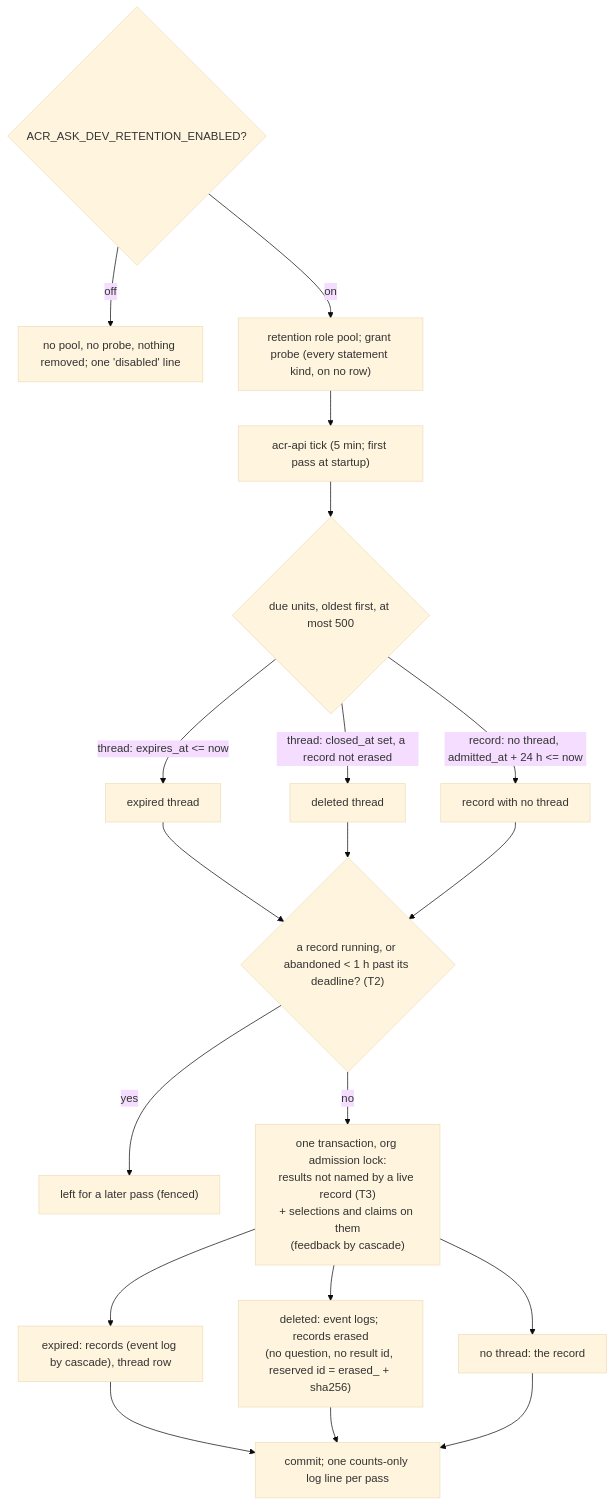
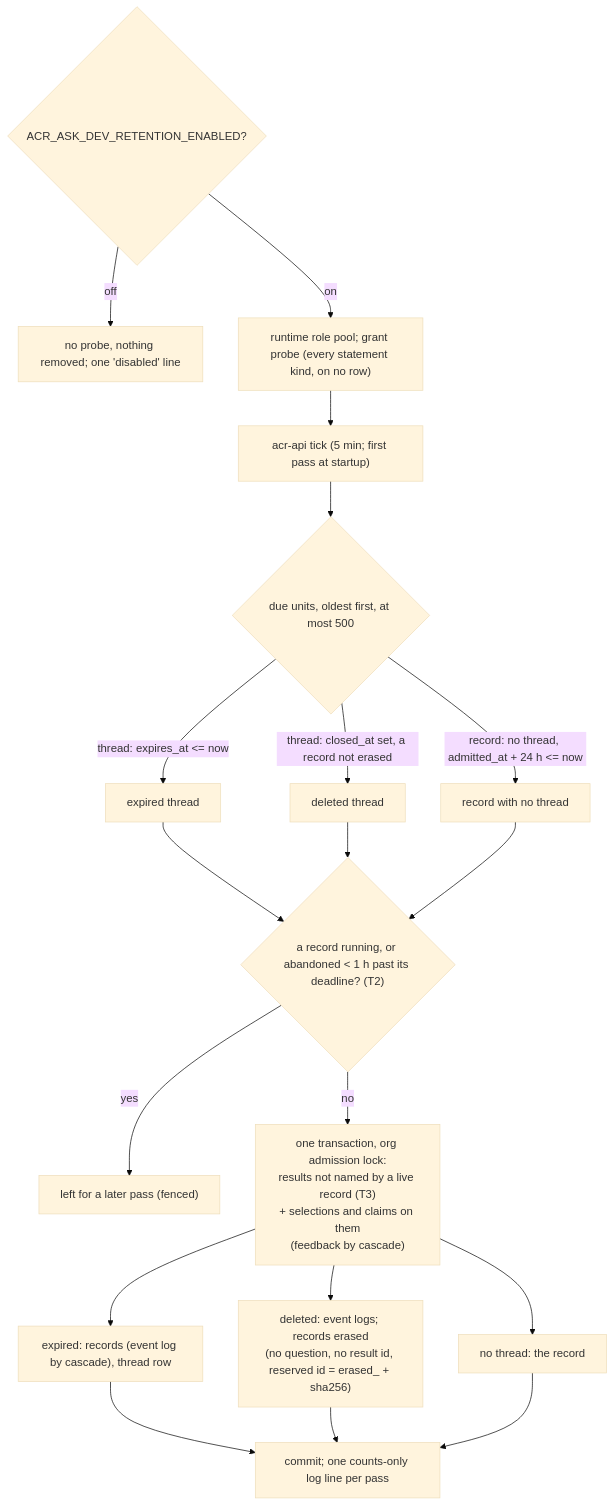
Before and after one commit to full-chaos/dev-health-acr: diagram 37 of 37 in docs/design/context-fabric-architecture-diagrams.md, drawn with Mermaid (base theme). The commit also changed other lines of this file and 27 other files, not shown here.

First line of the commit message:
fix(runtime): CHAOS-12244 run Ask Dev retention as the runtime role

````diff
--- a/docs/design/context-fabric-architecture-diagrams.md
+++ b/docs/design/context-fabric-architecture-diagrams.md
@@ -3764,21 +3764,21 @@
 ```mermaid
 flowchart TD
-  S{"ACR_ASK_DEV_RETENTION_ENABLED?"} -->|off| O["no pool, no probe, nothing removed; one 'disabled' line"]
-  S -->|on| P["retention role pool; grant probe (every statement kind, on no row)"]
+  S{"ACR_ASK_DEV_RETENTION_ENABLED?"} -->|off| O["no probe, nothing removed; one 'disabled' line"]
+  S -->|on| P["runtime role pool; grant probe (every statement kind, on no row)"]
   P --> T["acr-api tick (5 min; first pass at startup)"]
   T --> D{"due units, oldest first, at most 500"}
   D -->|"thread: expires_at <= now"| X["expired thread"]
   D -->|"thread: closed_at set, a record not erased"| C["deleted thread"]
   D -->|"record: no thread, admitted_at + 24 h <= now"| L["record with no thread"]
   X --> F{"a record running, or abandoned < 1 h past its deadline? (T2)"}
   C --> F
   L --> F
   F -->|yes| K["left for a later pass (fenced)"]
   F -->|no| R["one transaction, org admission lock:<br/>results not named by a live record (T3)<br/>+ selections and claims on them<br/>(feedback by cascade)"]
   R --> X2["expired: records (event log by cascade), thread row"]
   R --> C2["deleted: event logs; records erased<br/>(no question, no result id, reserved id = erased_ + sha256)"]
   R --> L2["no thread: the record"]
   X2 --> E["commit; one counts-only log line per pass"]
   C2 --> E
   L2 --> E
 ```
````
